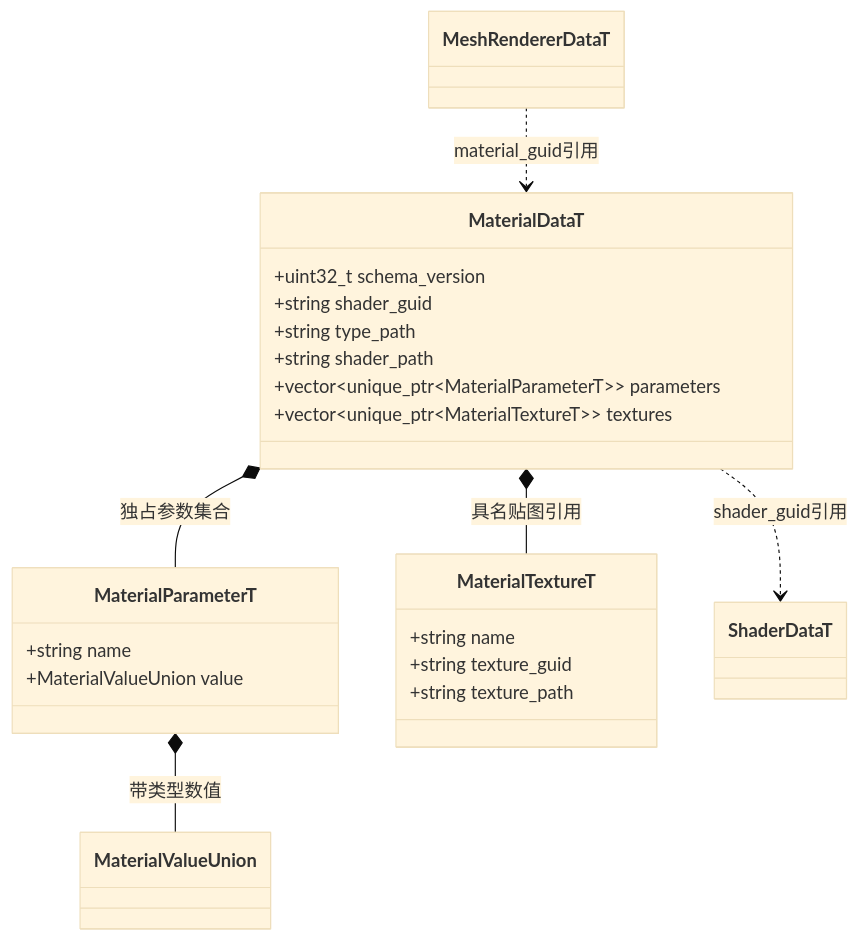
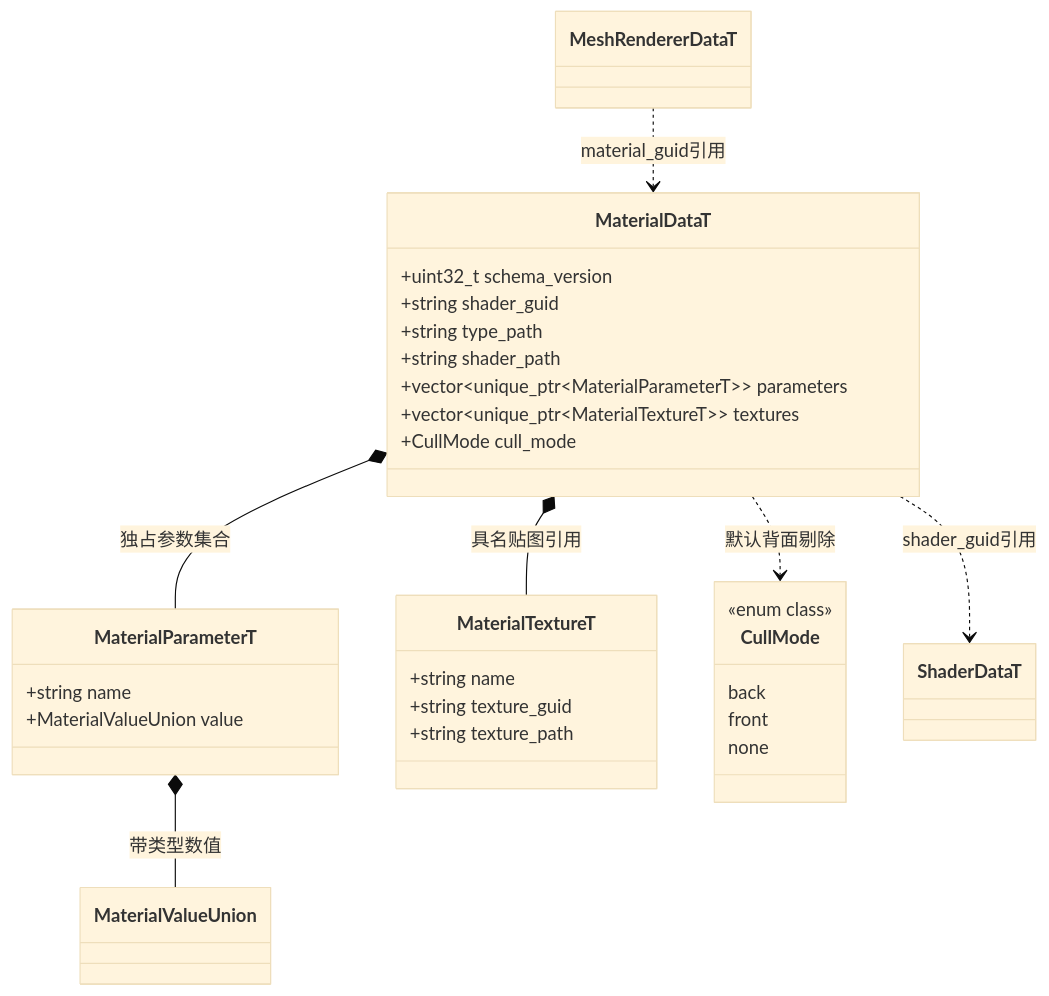
Before and after one commit to lcals/Engine: the third of 7 diagrams in docs/runtime/class-diagrams/scene-data.md, drawn with Mermaid (base theme). The commit also changed 93 other files, not shown here.

````diff
--- a/docs/runtime/class-diagrams/scene-data.md
+++ b/docs/runtime/class-diagrams/scene-data.md
@@ -74,28 +74,36 @@
 ```mermaid
 classDiagram
     class MaterialDataT {
         +uint32_t schema_version
         +string shader_guid
         +string type_path
         +string shader_path
         +vector~unique_ptr~MaterialParameterT~~ parameters
         +vector~unique_ptr~MaterialTextureT~~ textures
+        +CullMode cull_mode
     }
     class MaterialParameterT {
         +string name
         +MaterialValueUnion value
     }
     class MaterialTextureT {
         +string name
         +string texture_guid
         +string texture_path
     }
     MaterialDataT *-- MaterialTextureT : 具名贴图引用
     class MaterialValueUnion
+    class CullMode {
+        <<enum class>>
+        back
+        front
+        none
+    }
+    MaterialDataT ..> CullMode : 默认背面剔除
     class MeshRendererDataT
     class ShaderDataT
     MaterialDataT *-- MaterialParameterT : 独占参数集合
     MaterialParameterT *-- MaterialValueUnion : 带类型数值
     MeshRendererDataT ..> MaterialDataT : material_guid引用
     MaterialDataT ..> ShaderDataT : shader_guid引用
 ```
````
